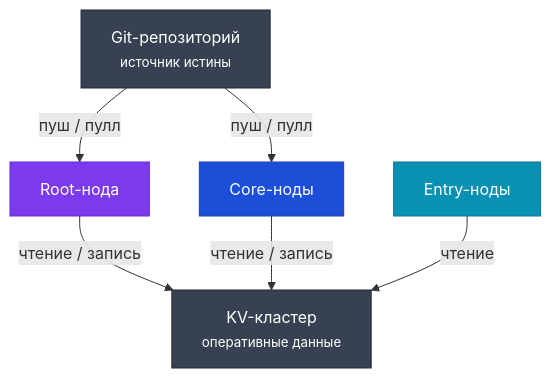
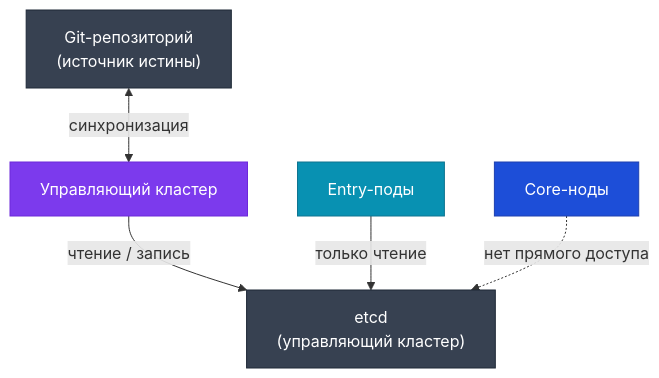
One commit to SigilGate/SigilGate.github.io changed the diagram in content/docs/data_storage/architecture.md. Above: the diagram before and after it, drawn with Mermaid. The commit also changed other lines of this file and 27 other files, not shown here.

```diff
--- a/content/docs/data_storage/architecture.md
+++ b/content/docs/data_storage/architecture.md
@@ -57,21 +20,19 @@
 {{< mermaid >}}
 graph TD
-    Git["Git-репозиторий<br/><small>источник истины</small>"]
-    KV["KV-кластер<br/><small>оперативные данные</small>"]
-    Root["Root-нода"]
+    Git["Git-репозиторий\n(источник истины)"]
+    KV["etcd\n(управляющий кластер)"]
+    Mgmt["Управляющий кластер"]
+    Entry["Entry-поды"]
     Core["Core-ноды"]
-    Entry["Entry-ноды"]
 
-    Git -->|"пуш / пулл"| Root
-    Git -->|"пуш / пулл"| Core
-
-    Root -->|"чтение / запись"| KV
-    Core -->|"чтение / запись"| KV
-    Entry -->|"чтение"| KV
+    Git <-->|"синхронизация"| Mgmt
+    Mgmt -->|"чтение / запись"| KV
+    Entry -->|"только чтение"| KV
+    Core -.->|"нет прямого доступа"| KV
 
     style Git fill:#374151,color:#fff,stroke:#1f2937
     style KV fill:#374151,color:#fff,stroke:#1f2937
-    style Root fill:#7c3aed,color:#fff,stroke:#6d28d9
+    style Mgmt fill:#7c3aed,color:#fff,stroke:#6d28d9
+    style Entry fill:#0891b2,color:#fff,stroke:#0e7490
     style Core fill:#1d4ed8,color:#fff,stroke:#1e40af
-    style Entry fill:#0891b2,color:#fff,stroke:#0e7490
 {{< /mermaid >}}
```
